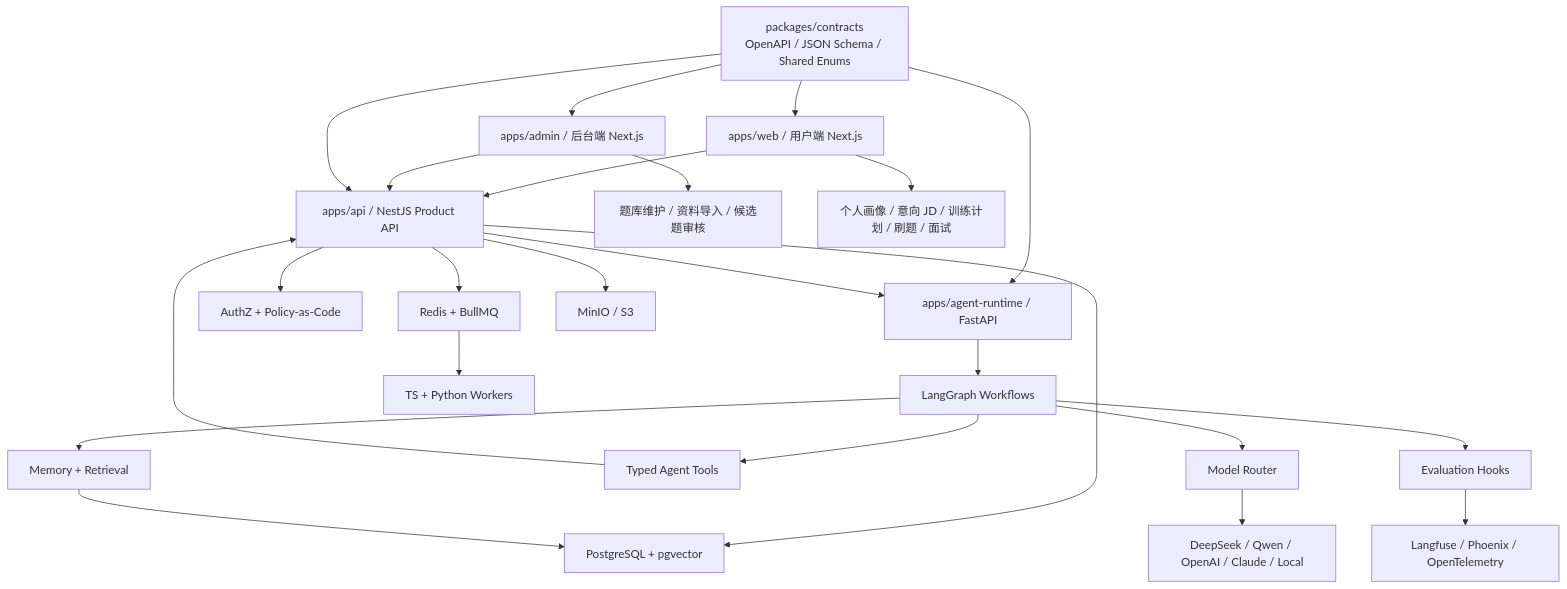
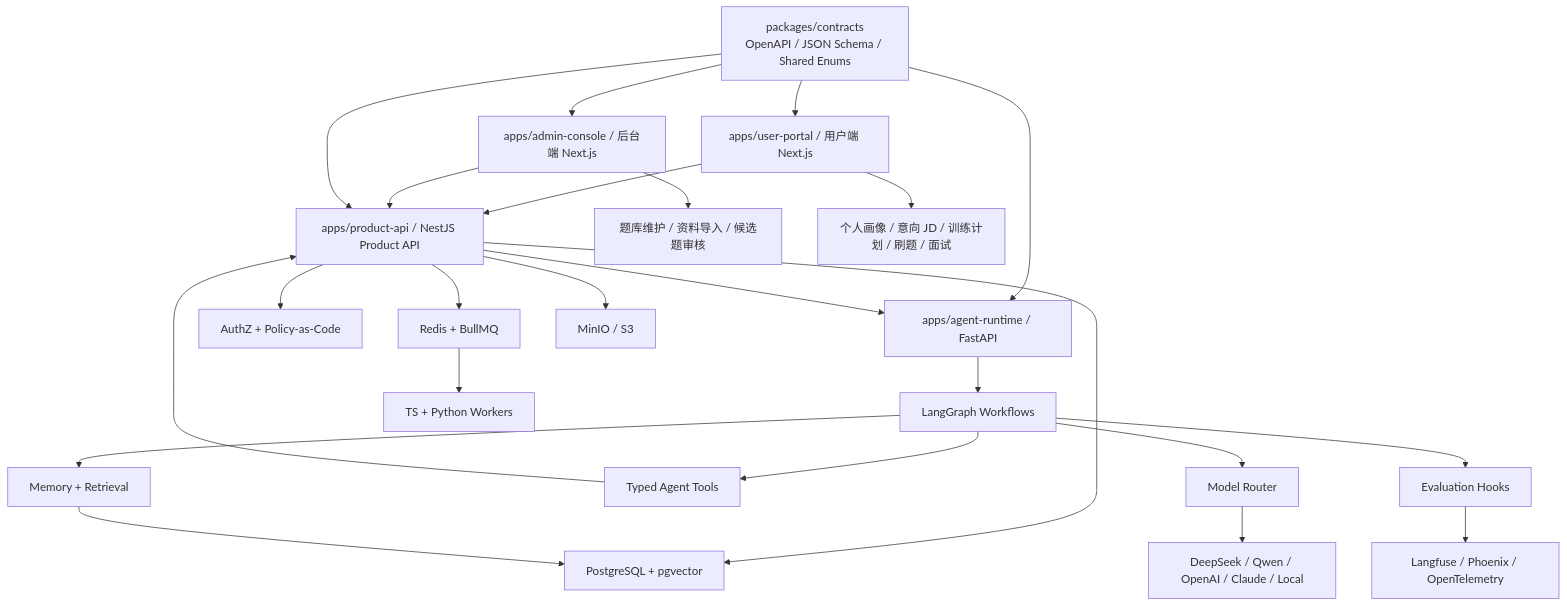
Before and after one commit to xiaoniuge36/interview-agent: the second of 10 diagrams in 技术方案/面试Agent-技术方案.md, drawn with Mermaid. The commit also changed other lines of this file and 176 other files, not shown here.

````diff
--- a/技术方案/面试Agent-技术方案.md
+++ b/技术方案/面试Agent-技术方案.md
@@ -244,31 +244,31 @@
 ```mermaid
 flowchart TD
-  UserApp["apps/web / 用户端 Next.js"] --> API["apps/api / NestJS Product API"]
-  Admin["apps/admin / 后台端 Next.js"] --> API
+  UserApp["apps/user-portal / 用户端 Next.js"] --> API["apps/product-api / NestJS Product API"]
+  Admin["apps/admin-console / 后台端 Next.js"] --> API
 
   Contracts["packages/contracts\nOpenAPI / JSON Schema / Shared Enums"] --> UserApp
   Contracts --> Admin
   Contracts --> API
   Contracts --> AgentAPI["apps/agent-runtime / FastAPI"]
 
   API --> Auth["AuthZ + Policy-as-Code"]
   API --> DB["PostgreSQL + pgvector"]
   API --> Redis["Redis + BullMQ"]
   API --> S3["MinIO / S3"]
   API --> AgentAPI
 
   Admin --> Source["题库维护 / 资料导入 / 候选题审核"]
   UserApp --> Training["个人画像 / 意向 JD / 训练计划 / 刷题 / 面试"]
 
   AgentAPI --> Graph["LangGraph Workflows"]
   Graph --> Router["Model Router"]
   Graph --> Tools["Typed Agent Tools"]
   Graph --> Memory["Memory + Retrieval"]
   Graph --> Eval["Evaluation Hooks"]
 
   Router --> Models["DeepSeek / Qwen / OpenAI / Claude / Local"]
   Memory --> DB
   Tools --> API
   Eval --> Obs["Langfuse / Phoenix / OpenTelemetry"]
   Redis --> Workers["TS + Python Workers"]
 ```
````
